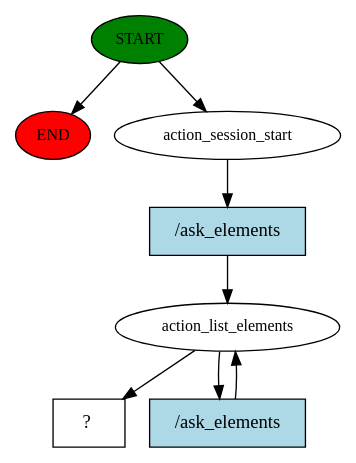
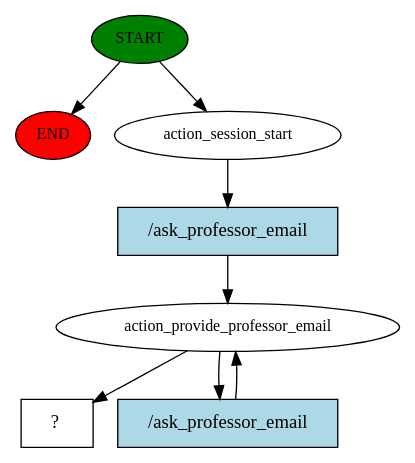
One commit to yb403/ChatBotAI-costumer-service changed the diagram in story_graph.dot. Above: the diagram before and after it, drawn with Graphviz. The commit also changed 4 other files, not shown here.

Commit message:
Add action to provide professor email; update NLU intents and stories

```diff
--- a/story_graph.dot
+++ b/story_graph.dot
@@ -1,16 +1,16 @@
 digraph  {
 0 [class="start active", fillcolor=green, fontsize=12, label=START, style=filled];
 "-1" [class=end, fillcolor=red, fontsize=12, label=END, style=filled];
 1 [class=active, fontsize=12, label=action_session_start];
-2 [class=active, fontsize=12, label=action_list_elements];
+2 [class=active, fontsize=12, label=action_provide_professor_email];
 4 [class="intent dashed active", label="  ?  ", shape=rect];
-5 [class="intent active", fillcolor=lightblue, label="/ask_elements", shape=rect, style=filled];
-6 [class="intent active", fillcolor=lightblue, label="/ask_elements", shape=rect, style=filled];
+5 [class="intent active", fillcolor=lightblue, label="/ask_professor_email", shape=rect, style=filled];
+6 [class="intent active", fillcolor=lightblue, label="/ask_professor_email", shape=rect, style=filled];
 0 -> "-1"  [class="", key=NONE, label=""];
 0 -> 1  [class=active, key=NONE, label=""];
 1 -> 5  [class=active, key=0];
 2 -> 4  [class=active, key=NONE, label=""];
 2 -> 6  [class=active, key=0];
 5 -> 2  [class=active, key=0];
 6 -> 2  [class=active, key=0];
 }
```
